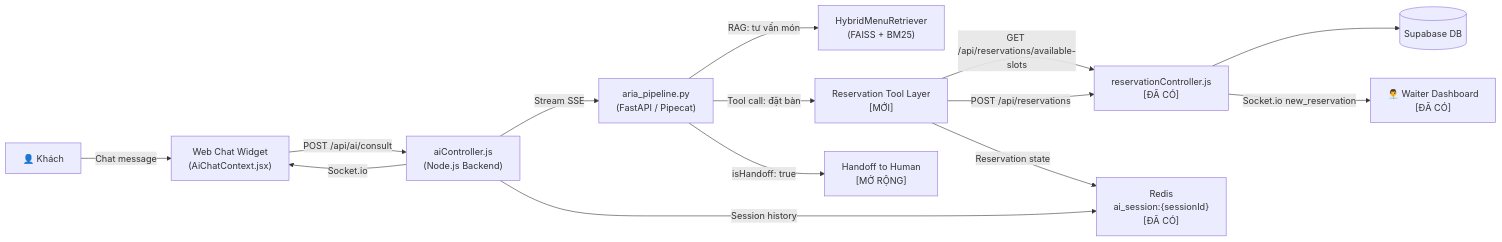
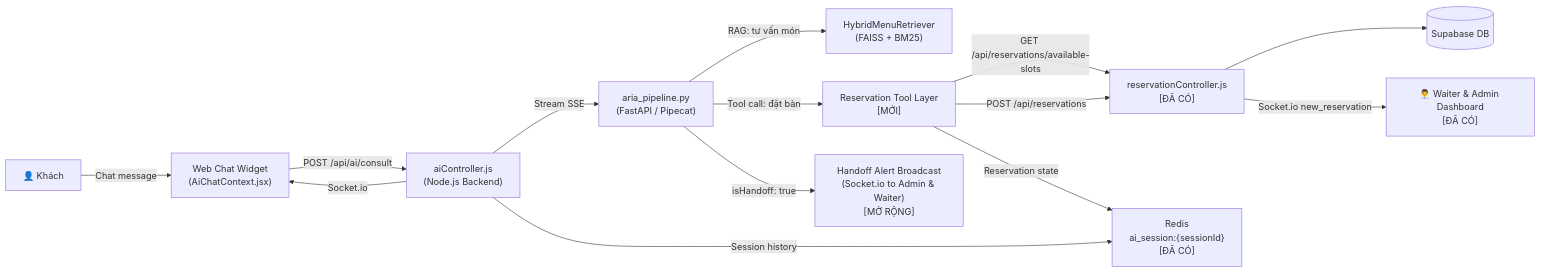
One commit to LCHLong/SmartRestaurant changed the first of 2 diagrams in docs/plan/proposal-ai-dat-ban.md. Above: the diagram before and after it, drawn with Mermaid. The commit also changed other lines of this file and 1 other file, not shown here.

Commit message:
docs: update AI table reservation proposal and development notes

````diff
--- a/docs/plan/proposal-ai-dat-ban.md
+++ b/docs/plan/proposal-ai-dat-ban.md
@@ -265,21 +330,21 @@
 ```mermaid
 graph LR
     A["👤 Khách"] -->|"Chat message"| B["Web Chat Widget\n(AiChatContext.jsx)"]
     B -->|"POST /api/ai/consult"| C["aiController.js\n(Node.js Backend)"]
     C -->|"Stream SSE"| D["aria_pipeline.py\n(FastAPI / Pipecat)"]
     
     D -->|"RAG: tư vấn món"| E["HybridMenuRetriever\n(FAISS + BM25)"]
     D -->|"Tool call: đặt bàn"| F["Reservation Tool Layer\n[MỚI]"]
     
     F -->|"GET /api/reservations/available-slots"| G["reservationController.js\n[ĐÃ CÓ]"]
     F -->|"POST /api/reservations"| G
     G --> H[("Supabase DB")]
     
     C -->|"Session history"| I["Redis\nai_session:{sessionId}\n[ĐÃ CÓ]"]
     F -->|"Reservation state"| I
     
     C -->|"Socket.io"| B
-    G -->|"Socket.io new_reservation"| J["👨‍💼 Waiter Dashboard\n[ĐÃ CÓ]"]
+    G -->|"Socket.io new_reservation"| J["👨‍💼 Waiter & Admin Dashboard\n[ĐÃ CÓ]"]
     
-    D -->|"isHandoff: true"| K["Handoff to Human\n[MỞ RỘNG]"]
+    D -->|"isHandoff: true"| K["Handoff Alert Broadcast\n(Socket.io to Admin & Waiter)\n[MỞ RỘNG]"]
 ```
````
